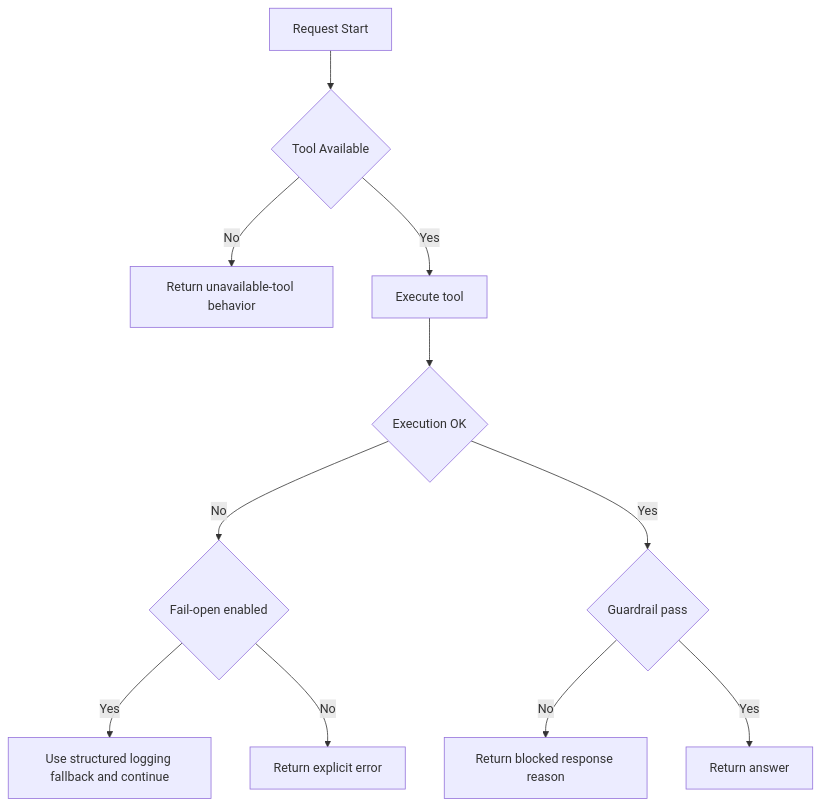
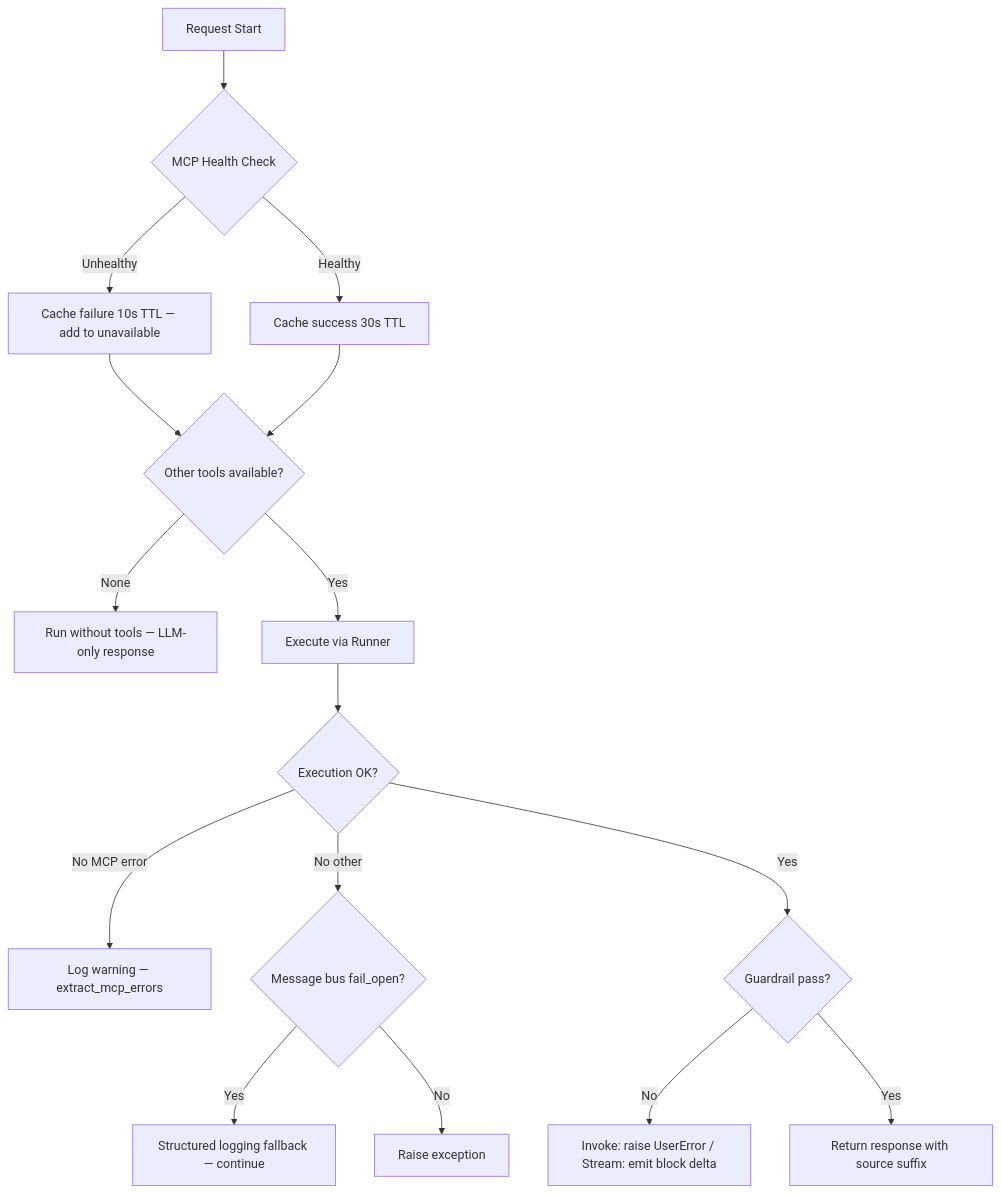
Before and after one commit to wchen-dea/Governed-Multi-Agent-Intelligence-on-Databricks: the sixth of 7 diagrams in docs/architecture/design-artifacts/04-logical-detailed.md, drawn with Mermaid. The commit also changed other lines of this file and 51 other files, not shown here.

````diff
--- a/docs/architecture/design-artifacts/04-logical-detailed.md
+++ b/docs/architecture/design-artifacts/04-logical-detailed.md
@@ -77,13 +108,18 @@
 ```mermaid
 flowchart TD
-    Start[Request Start] --> Tool{Tool Available}
-    Tool -- No --> Unavailable[Return unavailable-tool behavior]
-    Tool -- Yes --> Exec[Execute tool]
-    Exec --> Ok{Execution OK}
-    Ok -- No --> FailOpen{Fail-open enabled}
-    FailOpen -- Yes --> Fallback[Use structured logging fallback and continue]
-    FailOpen -- No --> Error[Return explicit error]
-    Ok -- Yes --> Guard{Guardrail pass}
-    Guard -- No --> Block[Return blocked response reason]
-    Guard -- Yes --> Success[Return answer]
+    Start[Request Start] --> MCP{MCP Health Check}
+    MCP -- Unhealthy --> Cache[Cache failure 10s TTL — add to unavailable]
+    MCP -- Healthy --> Cache2[Cache success 30s TTL]
+    Cache --> Tool{Other tools available?}
+    Cache2 --> Tool
+    Tool -- None --> NoTool[Run without tools — LLM-only response]
+    Tool -- Yes --> Exec[Execute via Runner]
+    Exec --> Ok{Execution OK?}
+    Ok -- No MCP error --> MCPErr[Log warning — extract_mcp_errors]
+    Ok -- No other --> FailOpen{Message bus fail_open?}
+    FailOpen -- Yes --> Fallback[Structured logging fallback — continue]
+    FailOpen -- No --> Error[Raise exception]
+    Ok -- Yes --> Guard{Guardrail pass?}
+    Guard -- No --> Block[Invoke: raise UserError / Stream: emit block delta]
+    Guard -- Yes --> Success[Return response with source suffix]
 ```
````
